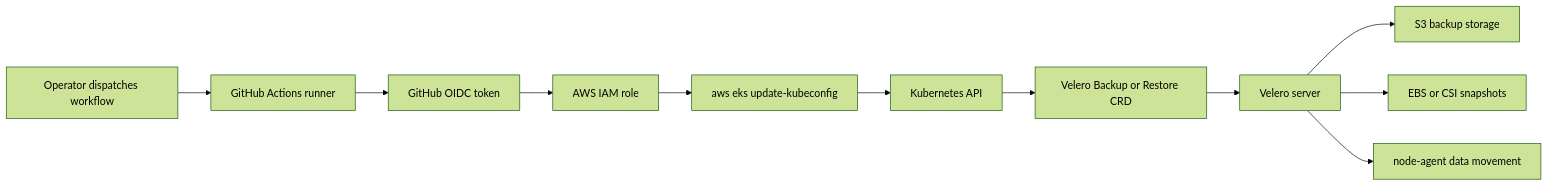
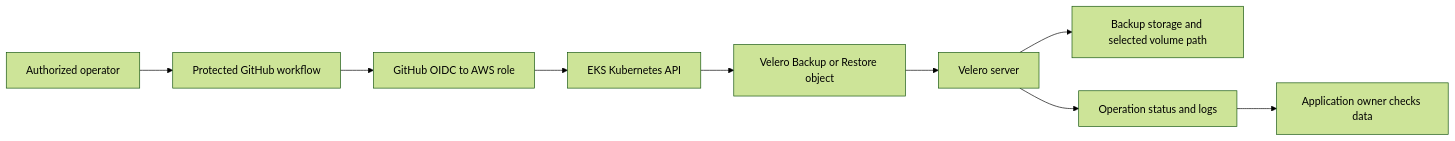
Before and after one commit to David-A18/MY-humble-knowledge-for-everyone: the diagram in knowledge/migrations/velero/possible-integrations.md, drawn with Mermaid (forest theme). The commit also changed other lines of this file and 3 other files, not shown here.

````diff
--- a/knowledge/migrations/velero/possible-integrations.md
+++ b/knowledge/migrations/velero/possible-integrations.md
@@ -50,13 +62,11 @@
 ```mermaid
 flowchart LR
-  operator["Operator dispatches workflow"] --> gh["GitHub Actions runner"]
-  gh --> oidc["GitHub OIDC token"]
-  oidc --> aws["AWS IAM role"]
-  aws --> eks["aws eks update-kubeconfig"]
-  eks --> kube["Kubernetes API"]
-  kube --> velero["Velero Backup or Restore CRD"]
-  velero --> server["Velero server"]
-  server --> storage["S3 backup storage"]
-  server --> snapshots["EBS or CSI snapshots"]
-  server --> nodeagent["node-agent data movement"]
+  human["Authorized operator"] --> action["Protected GitHub workflow"]
+  action --> oidc["GitHub OIDC to AWS role"]
+  oidc --> api["EKS Kubernetes API"]
+  api --> request["Velero Backup or Restore object"]
+  request --> server["Velero server"]
+  server --> store["Backup storage and selected volume path"]
+  server --> status["Operation status and logs"]
+  status --> owner["Application owner checks data"]
 ```
````
